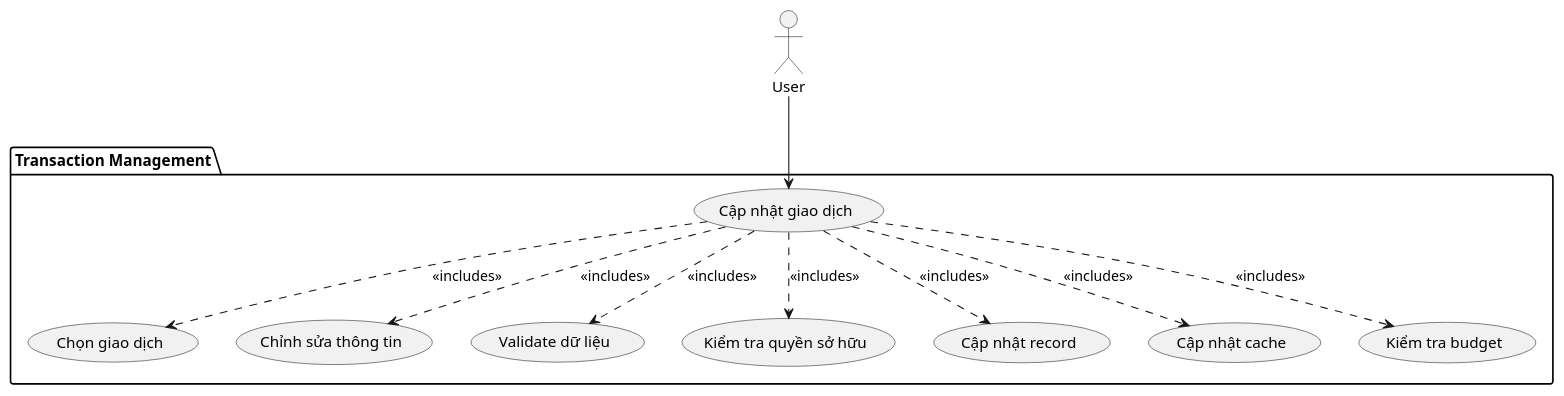
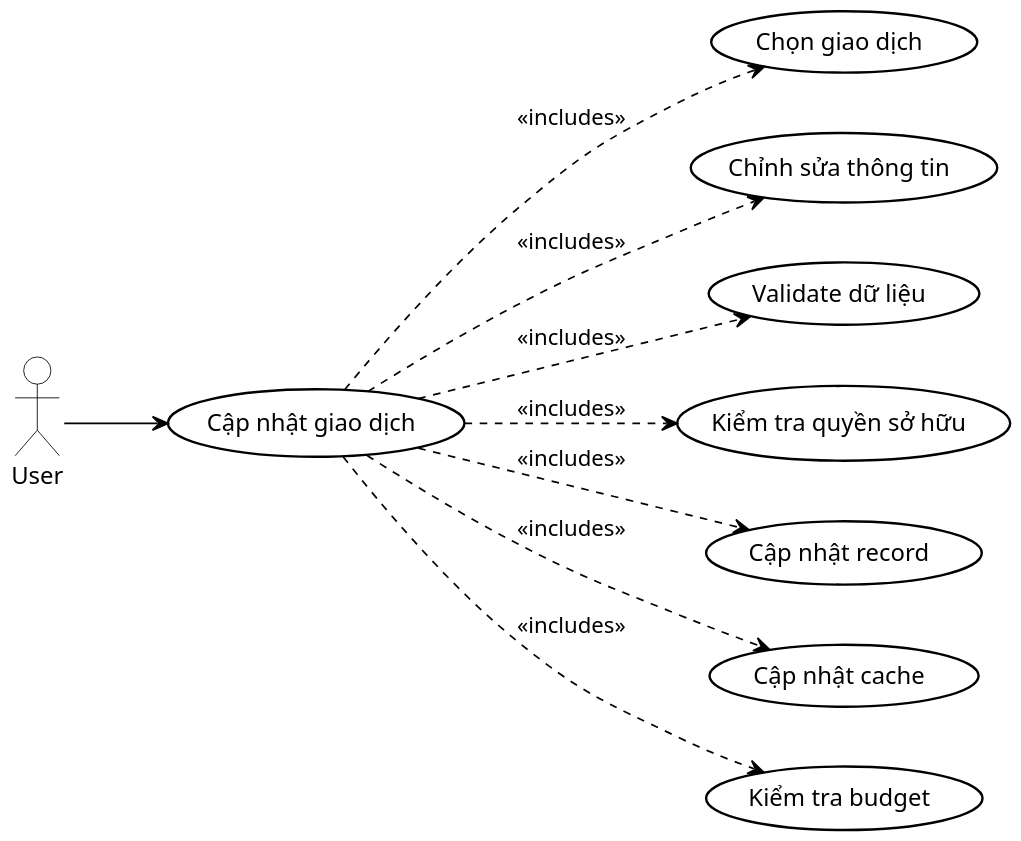
The diagram in uml-diagrams/UC_006_UpdateTransaction.puml (quanbin27/TabiMoney), drawn with PlantUML before and after one commit. The commit also changed 108 other files, not shown here.

Commit message:
docs: update diagram images

```diff
--- a/uml-diagrams/UC_006_UpdateTransaction.puml
+++ b/uml-diagrams/UC_006_UpdateTransaction.puml
@@ -1,24 +1,50 @@
 @startuml UC_006_UpdateTransaction
+
+skinparam usecase {
+    BackgroundColor #FFFFFF
+    BorderColor #000000
+    ArrowColor #000000
+    BorderThickness 1.4
+    FontColor #000000
+    FontSize 14
+}
+
+skinparam actor {
+    BackgroundColor #FFFFFF
+    BorderColor #000000
+    FontColor #000000
+    FontSize 14
+}
+
+skinparam package {
+    BorderColor #000000
+    FontColor #000000
+}
+
+skinparam shadowing false
+skinparam dpi 150
+
+' Layout ngang
+left to right direction
+
 actor User
 
-package "Transaction Management" {
-    usecase "Cập nhật giao dịch" as UC_UpdateTransaction
-    usecase "Chọn giao dịch" as UC_SelectTransaction
-    usecase "Chỉnh sửa thông tin" as UC_EditInfo
-    usecase "Validate dữ liệu" as UC_Validate
-    usecase "Kiểm tra quyền sở hữu" as UC_CheckOwnership
-    usecase "Cập nhật record" as UC_UpdateRecord
-    usecase "Cập nhật cache" as UC_UpdateCache
-    usecase "Kiểm tra budget" as UC_CheckBudget
-}
+usecase "Cập nhật giao dịch" as UC_UpdateTransaction
+usecase "Chọn giao dịch" as UC_SelectTransaction
+usecase "Chỉnh sửa thông tin" as UC_EditInfo
+usecase "Validate dữ liệu" as UC_Validate
+usecase "Kiểm tra quyền sở hữu" as UC_CheckOwnership
+usecase "Cập nhật record" as UC_UpdateRecord
+usecase "Cập nhật cache" as UC_UpdateCache
+usecase "Kiểm tra budget" as UC_CheckBudget
 
 User --> UC_UpdateTransaction
 UC_UpdateTransaction ..> UC_SelectTransaction : <<includes>>
 UC_UpdateTransaction ..> UC_EditInfo : <<includes>>
 UC_UpdateTransaction ..> UC_Validate : <<includes>>
 UC_UpdateTransaction ..> UC_CheckOwnership : <<includes>>
 UC_UpdateTransaction ..> UC_UpdateRecord : <<includes>>
 UC_UpdateTransaction ..> UC_UpdateCache : <<includes>>
 UC_UpdateTransaction ..> UC_CheckBudget : <<includes>>
 
 @enduml
```
